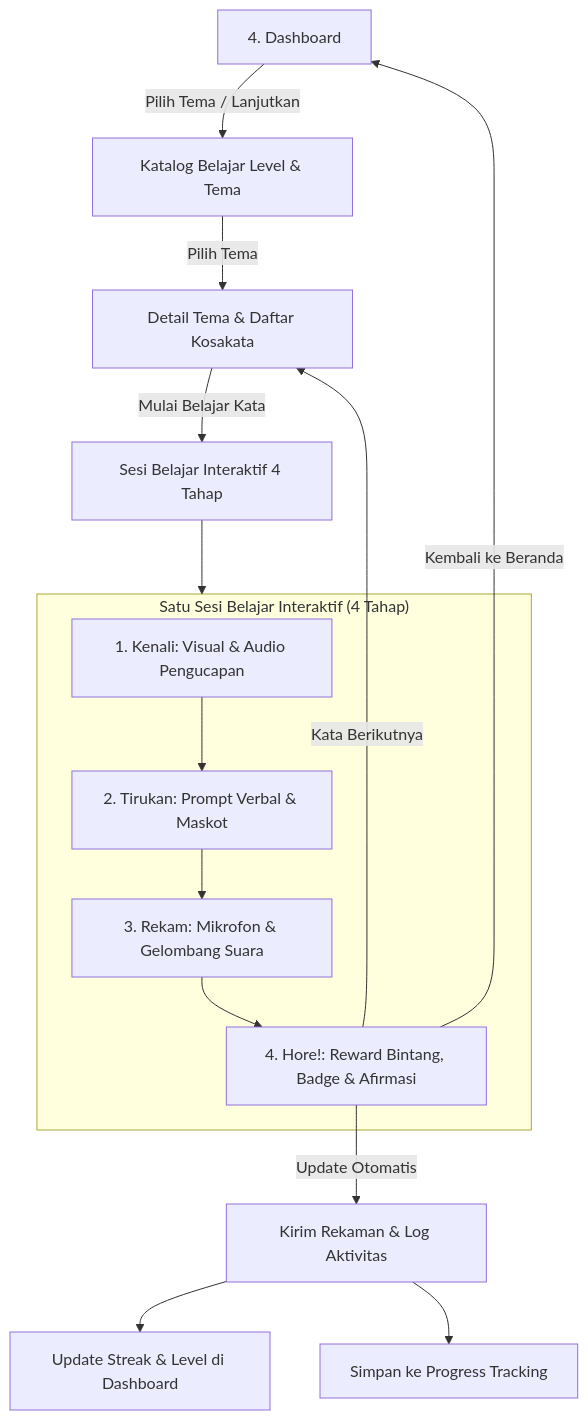
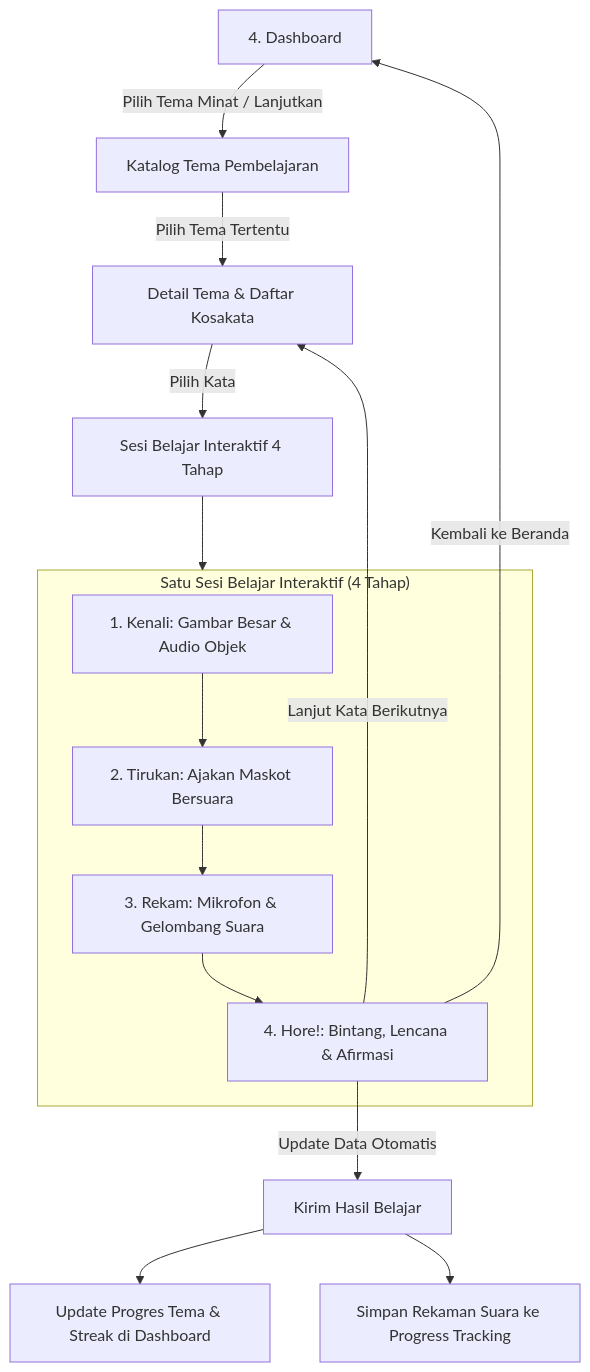
Before and after one commit to nabathnm/prd-celoteh: the diagram in 5. Learning Material.md, drawn with Mermaid. The commit also changed other lines of this file and 6 other files, not shown here.

````diff
--- a/5. Learning Material.md
+++ b/5. Learning Material.md
@@ -38,20 +38,20 @@
 ```mermaid
 flowchart TD
-    Dashboard[4. Dashboard] -->|Pilih Tema / Lanjutkan| Catalog[Katalog Belajar Level & Tema]
-    Catalog -->|Pilih Tema| ThemeDetail[Detail Tema & Daftar Kosakata]
-    ThemeDetail -->|Mulai Belajar Kata| SessionFlow[Sesi Belajar Interaktif 4 Tahap]
+    Dashboard[4. Dashboard] -->|Pilih Tema Minat / Lanjutkan| Catalog[Katalog Tema Pembelajaran]
+    Catalog -->|Pilih Tema Tertentu| ThemeDetail[Detail Tema & Daftar Kosakata]
+    ThemeDetail -->|Pilih Kata| SessionFlow[Sesi Belajar Interaktif 4 Tahap]
     
     subgraph SesiInteraktif ["Satu Sesi Belajar Interaktif (4 Tahap)"]
-        Step1[1. Kenali: Visual & Audio Pengucapan] --> Step2[2. Tirukan: Prompt Verbal & Maskot]
+        Step1[1. Kenali: Gambar Besar & Audio Objek] --> Step2[2. Tirukan: Ajakan Maskot Bersuara]
         Step2 --> Step3[3. Rekam: Mikrofon & Gelombang Suara]
-        Step3 --> Step4[4. Hore!: Reward Bintang, Badge & Afirmasi]
+        Step3 --> Step4[4. Hore!: Bintang, Lencana & Afirmasi]
     end
     
     SessionFlow --> SesiInteraktif
-    Step4 -->|Update Otomatis| SaveData[Kirim Rekaman & Log Aktivitas]
-    SaveData --> DashboardUpdate[Update Streak & Level di Dashboard]
-    SaveData --> ProgressUpdate[Simpan ke Progress Tracking]
+    Step4 -->|Update Data Otomatis| SaveProgress[Kirim Hasil Belajar]
+    SaveProgress --> DashboardUpdate[Update Progres Tema & Streak di Dashboard]
+    SaveProgress --> TrackingUpdate[Simpan Rekaman Suara ke Progress Tracking]
     
-    Step4 -->|Kata Berikutnya| ThemeDetail
+    Step4 -->|Lanjut Kata Berikutnya| ThemeDetail
     Step4 -->|Kembali ke Beranda| Dashboard
 ```
````
